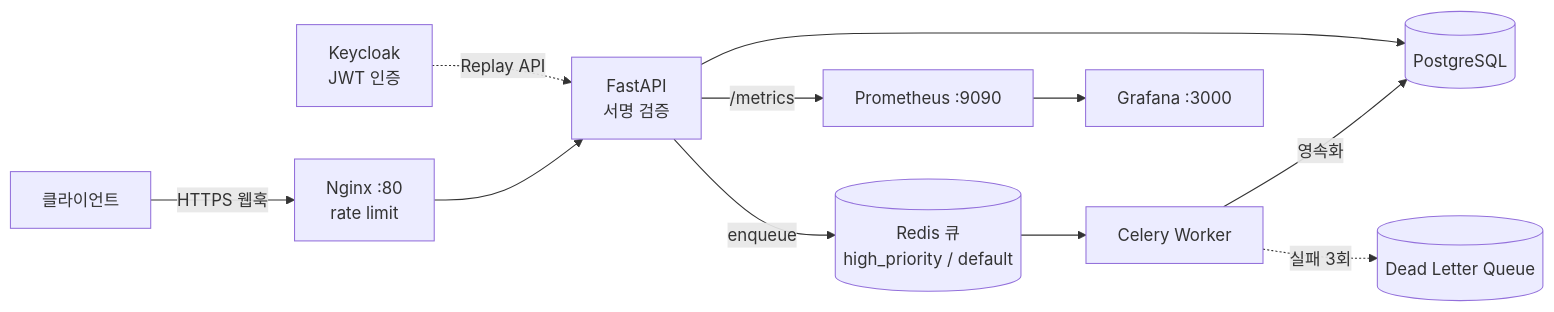
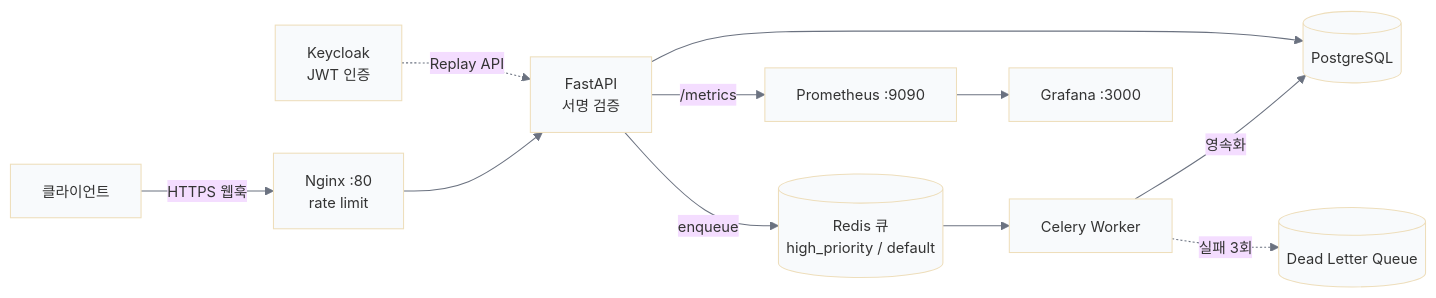
Before and after one commit to grinvi04/webhook-service: the diagram in README.md, drawn with Mermaid.

Commit message:
docs: Mermaid 다이어그램 %%{init}%% 베이스 테마 적용
github.com 다크/라이트 모드 양쪽에서 더 깔끔하게 렌더되도록
%%{init: {'theme': 'base', 'themeVariables': {...}}}%% 블록 추가.
PNG + <details> 구조는 그대로 유지.

Claude-Session: https://claude.ai/code/session_01RYmui857SAwm1Sq8seWnWT

````diff
--- a/README.md
+++ b/README.md
@@ -65,13 +65,14 @@
 ```mermaid
+%%{init: {'theme': 'base', 'themeVariables': {'lineColor': '#6b7280', 'background': '#f8fafc', 'mainBkg': '#f8fafc', 'fontSize': '14px'}}}%%
 flowchart LR
     Client[클라이언트] -->|HTTPS 웹훅| Nginx[Nginx :80<br/>rate limit]
     Nginx --> API[FastAPI<br/>서명 검증]
     API -->|enqueue| Redis[(Redis 큐<br/>high_priority / default)]
     Redis --> Worker[Celery Worker]
     Worker -->|영속화| DB[(PostgreSQL)]
     Worker -. 실패 3회 .-> DLQ[(Dead Letter Queue)]
     API --> DB
     Keycloak[Keycloak<br/>JWT 인증] -. Replay API .-> API
     API -->|/metrics| Prometheus[Prometheus :9090]
     Prometheus --> Grafana[Grafana :3000]
 ```
````
